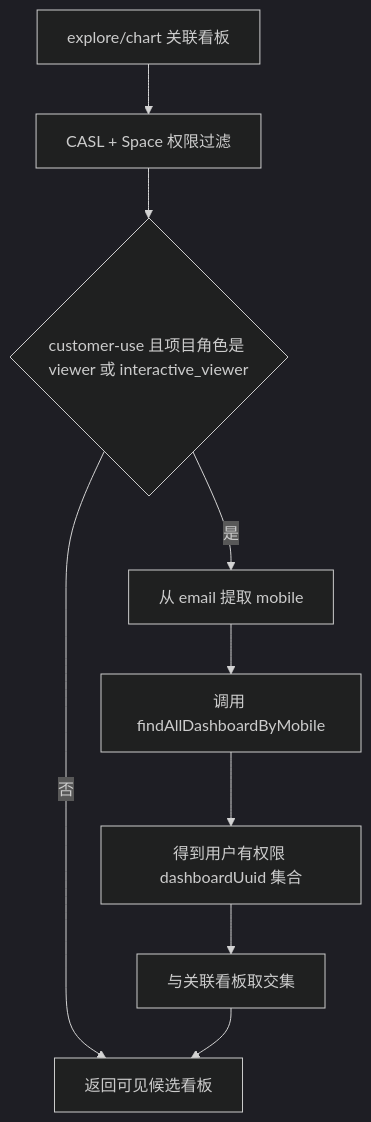
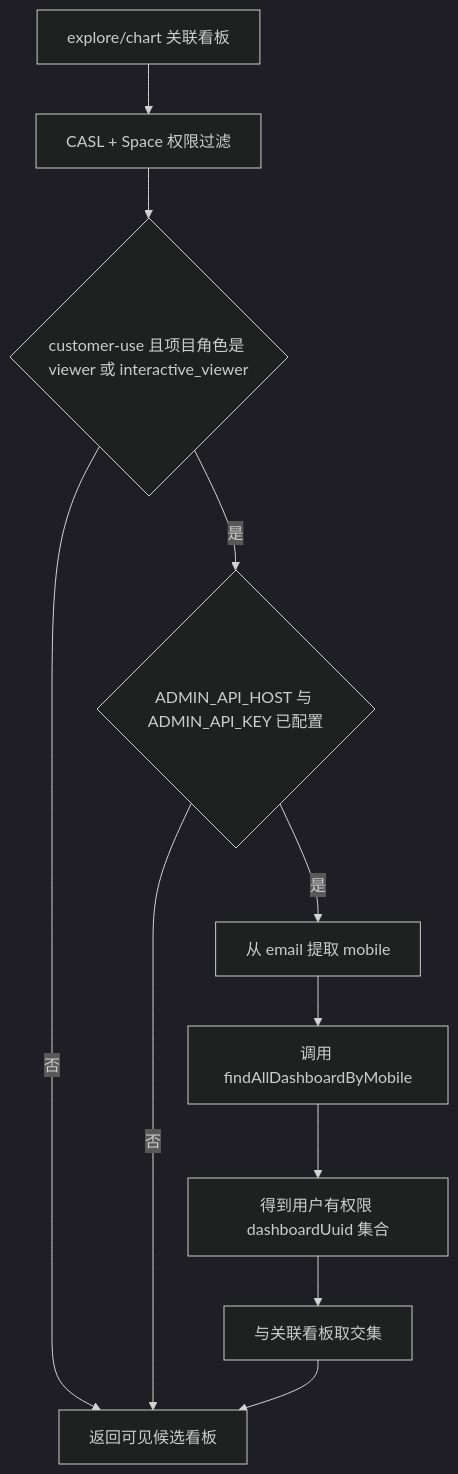
One commit to winwin-inc/lightdash-i18n changed the second of 2 diagrams in docs/mcp-dashboard-context.md. Above: the diagram before and after it, drawn with Mermaid (dark theme). The commit also changed other lines of this file and 2 other files, not shown here.

Commit message:
feat: 更新看板可见性逻辑，增加 Admin RPC 配置检查

````diff
--- a/docs/mcp-dashboard-context.md
+++ b/docs/mcp-dashboard-context.md
@@ -68,11 +68,13 @@
 ```mermaid
 flowchart TD
   contexts["explore/chart 关联看板"] --> casl["CASL + Space 权限过滤"]
   casl --> customerUse{"customer-use 且项目角色是 viewer 或 interactive_viewer"}
   customerUse -->|"否"| visible["返回可见候选看板"]
-  customerUse -->|"是"| extractMobile["从 email 提取 mobile"]
+  customerUse -->|"是"| rpcConfigured{"ADMIN_API_HOST 与 ADMIN_API_KEY 已配置"}
+  rpcConfigured -->|"否"| visible
+  rpcConfigured -->|"是"| extractMobile["从 email 提取 mobile"]
   extractMobile --> rpc["调用 findAllDashboardByMobile"]
   rpc --> allowed["得到用户有权限 dashboardUuid 集合"]
   allowed --> intersect["与关联看板取交集"]
   intersect --> visible
 ```
````
